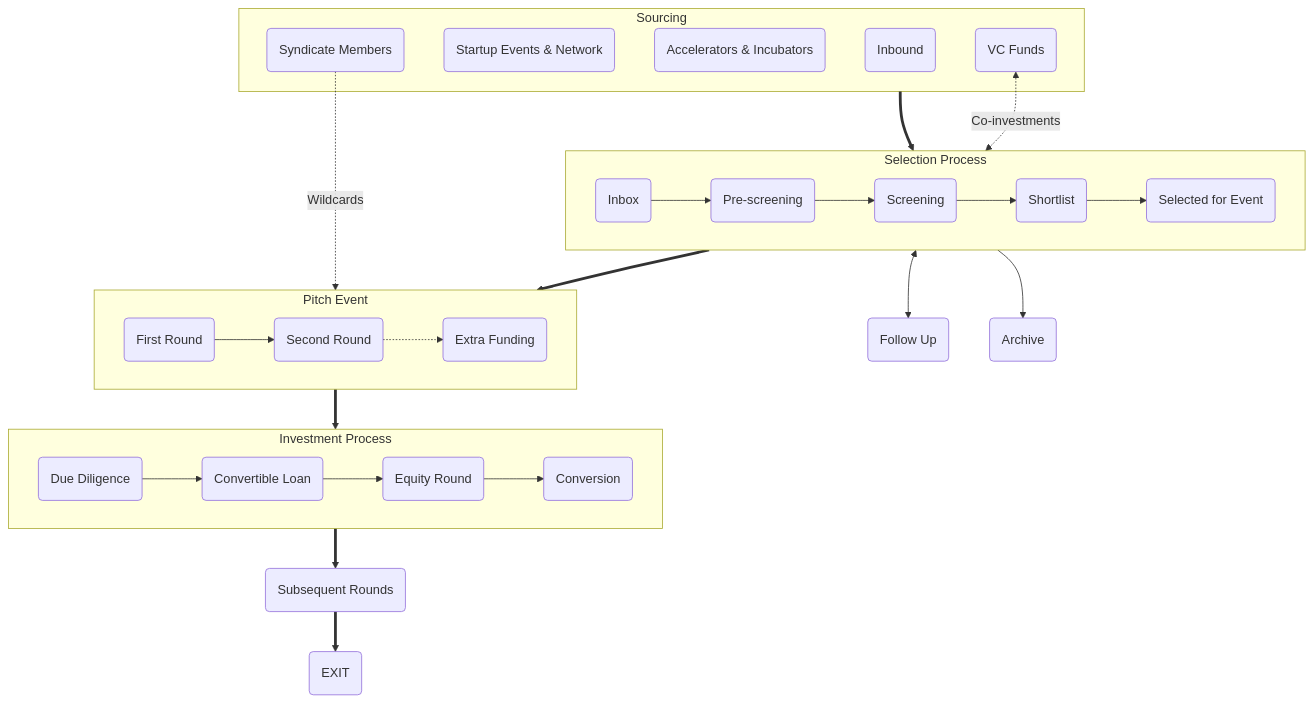
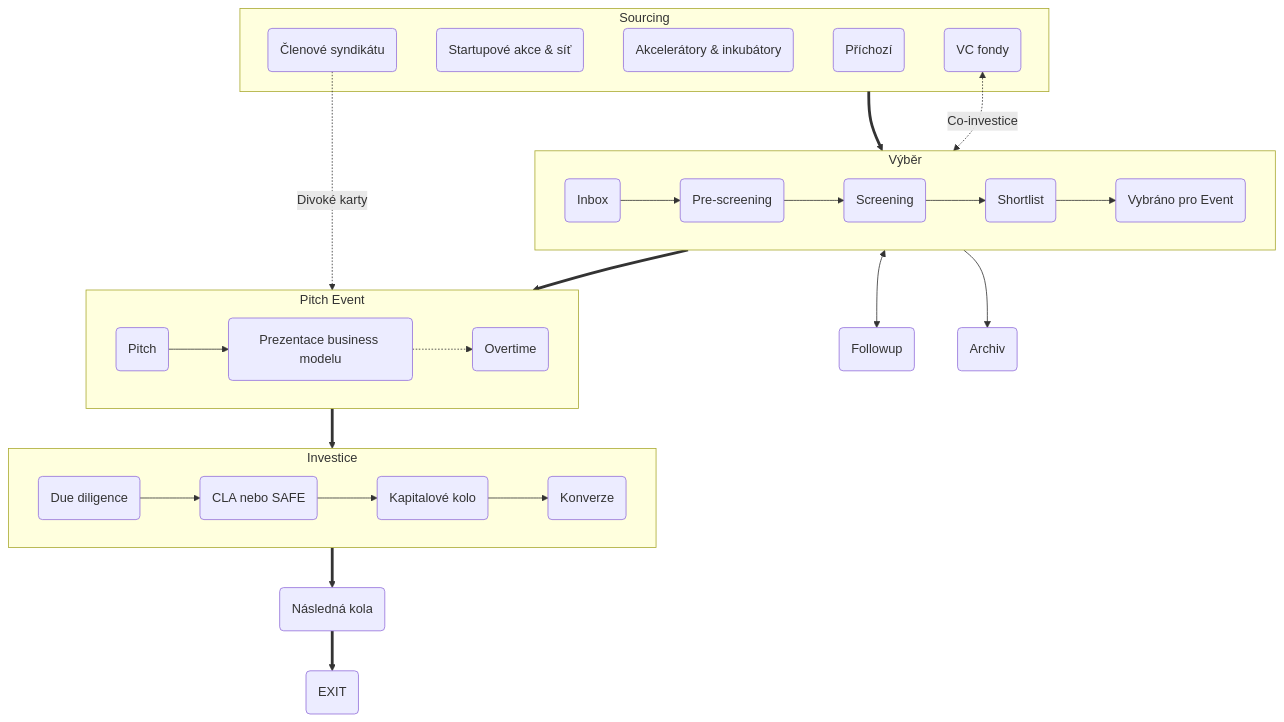
Before and after one commit to kdsp-net/gluon-web: the diagram in content/czech/how-we-invest/_index.md, drawn with Mermaid. The commit also changed other lines of this file and 6 other files, not shown here.

Commit message:
Translated "how we invest", updated worker in orderForm.js

```diff
--- a/content/czech/how-we-invest/_index.md
+++ b/content/czech/how-we-invest/_index.md
@@ -12,86 +10,86 @@
 
 flowchart TD
 
-inbound("Inbound")
-events("Startup Events & Network")
-accelerators("Accelerators & Incubators")
-members("Syndicate Members")
+inbound("Příchozí")
+events("Startupové akce & síť")
+accelerators("Akcelerátory & inkubátory")
+members("Členové syndikátu")
 inbox("Inbox")
 prescreening("Pre-screening")
 screening("Screening")
-selectedForEvent("Selected for Event")
+selectedForEvent("Vybráno pro Event")
 shortlist("Shortlist")
-vc("VC Funds")
-followup("Follow Up")
-archive("Archive")
-firstRound("First Round")
-secondRound("Second Round")
-extraFunding("Extra Funding")
-dueDiligence("Due Diligence")
-cla("Convertible Loan")
-qualifiedRound("Equity Round")
-conversion("Conversion")
-subsequentRounds("Subsequent Rounds")
+vc("VC fondy")
+followup("Followup")
+archive("Archiv")
+firstRound("Pitch")
+secondRound("Prezentace business modelu")
+overtime("Overtime")
+dueDiligence("Due diligence")
+note("CLA nebo SAFE")
+qualifiedRound("Kapitalové kolo")
+conversion("Konverze")
+subsequentRounds("Následná kola")
 exit("EXIT") 
 
-click members href "#syndicate-members"
-click events href "#startup-events--network"
-click accelerators href "#accelerators--incubators"
-click inbound href "#inbound"
-click vc href "#vc-funds"
-click inbox href "#inbox"
-click prescreening href "#pre-screening"
-click screening href "#screening"
-click shortlist href "#shortlist"
-click selectedForEvent href "#selected-for-event"
-click firstRound href "#first-round"
-click secondRound href "#second-round"
-click extraFunding href "#extra-funding"
-click dueDiligence href "#due-diligence-dd"
-click cla href "#convertible-loan"
-click qualifiedRound href "#equity-round"
-click conversion href "#conversion"
-click subsequentRounds href "#subsequent-rounds"
-click exit href "#exit"
+click members href "https://kb.gluon.vc/Knowledge+Base/How+We+Invest/Sourcing#Syndicate+Members"
+click events href "https://kb.gluon.vc/Knowledge+Base/How+We+Invest/Sourcing#Startup+Events+%26+Network"
+click accelerators href "https://kb.gluon.vc/Knowledge+Base/How+We+Invest/Sourcing#Accelerators+%26+Incubators"
+click inbound href "https://kb.gluon.vc/Knowledge+Base/How+We+Invest/Sourcing#Inbound"
+click vc href "https://kb.gluon.vc/Knowledge+Base/How+We+Invest/Sourcing#VC+Funds"
+click inbox href "https://kb.gluon.vc/Knowledge+Base/How+We+Invest/Selection#Inbox"
+click prescreening href "https://kb.gluon.vc/Knowledge+Base/How+We+Invest/Selection#Pre-Screening"
+click screening href "https://kb.gluon.vc/Knowledge+Base/How+We+Invest/Selection#Screening"
+click shortlist href "https://kb.gluon.vc/Knowledge+Base/How+We+Invest/Selection#Shortlist"
+click selectedForEvent href "https://kb.gluon.vc/Knowledge+Base/How+We+Invest/Selection#Selected+for+Event"
+click firstRound href "https://kb.gluon.vc/Knowledge+Base/How+We+Invest/Pitch+Events#Pitch"
+click secondRound href "https://kb.gluon.vc/Knowledge+Base/How+We+Invest/Pitch+Events#Business+Model+Presentation"
+click overtime href "https://kb.gluon.vc/Knowledge+Base/How+We+Invest/Pitch+Events#Overtime"
+click dueDiligence href "https://kb.gluon.vc/Knowledge+Base/How+We+Invest/Investment#Due+Diligence"
+click note href "https://kb.gluon.vc/Knowledge+Base/How+We+Invest/Investment#CLA+or+SAFE"
+click qualifiedRound href "https://kb.gluon.vc/Knowledge+Base/How+We+Invest/Investment#Equity+Round"
+click conversion href "https://kb.gluon.vc/Knowledge+Base/How+We+Invest/Investment#Conversion"
+click subsequentRounds href "https://kb.gluon.vc/Knowledge+Base/How+We+Invest/Subsequent+Rounds+and+Exit#Subsequent+Rounds"
+click exit href "https://kb.gluon.vc/Knowledge+Base/How+We+Invest/Subsequent+Rounds+and+Exit#Exit"
 
-subgraph sourcing ["Sourcing"]
-  inbound
-  events
-  accelerators
-  vc
-  members
+subgraph sourcing[Sourcing]
+  inbound
+  events
+  accelerators
+  vc
+  members
 end
 
-vc <-. "Co-investments" .-> selection
+vc <-. "Co-investice" .-> selection
 sourcing ==> selection
 
-subgraph selection ["Selection Process"]
-  direction LR
-  inbox --> prescreening
-  prescreening --> screening
-  screening --> shortlist
-  shortlist --> selectedForEvent
-end 
+subgraph selection[Výběr]
+  direction LR
+  inbox --> prescreening
+  prescreening --> screening
+  screening --> shortlist
+  shortlist --> selectedForEvent
+end
 
 selection <--> followup
 selection ==> event
 selection --> archive
 
-members -. "Wildcards" .-> event  
+members -. "Divoké karty" .-> event  
 
-subgraph event ["Pitch Event"]
-  direction LR
-  firstRound --> secondRound
-  secondRound .-> extraFunding
-end 
+subgraph event[Pitch Event]
+  direction LR
+  firstRound --> secondRound
+  secondRound .-> overtime
+end
 
 event ==> investment  
 
-subgraph investment ["Investment Process"]
-  direction LR
-  dueDiligence --> cla
-  cla --> qualifiedRound
-  qualifiedRound --> conversion
+subgraph investment[Investice]
+  direction LR
+  dueDiligence --> note
+  note --> qualifiedRound
+  qualifiedRound --> conversion
 end
 
 investment ==> subsequentRounds
```
